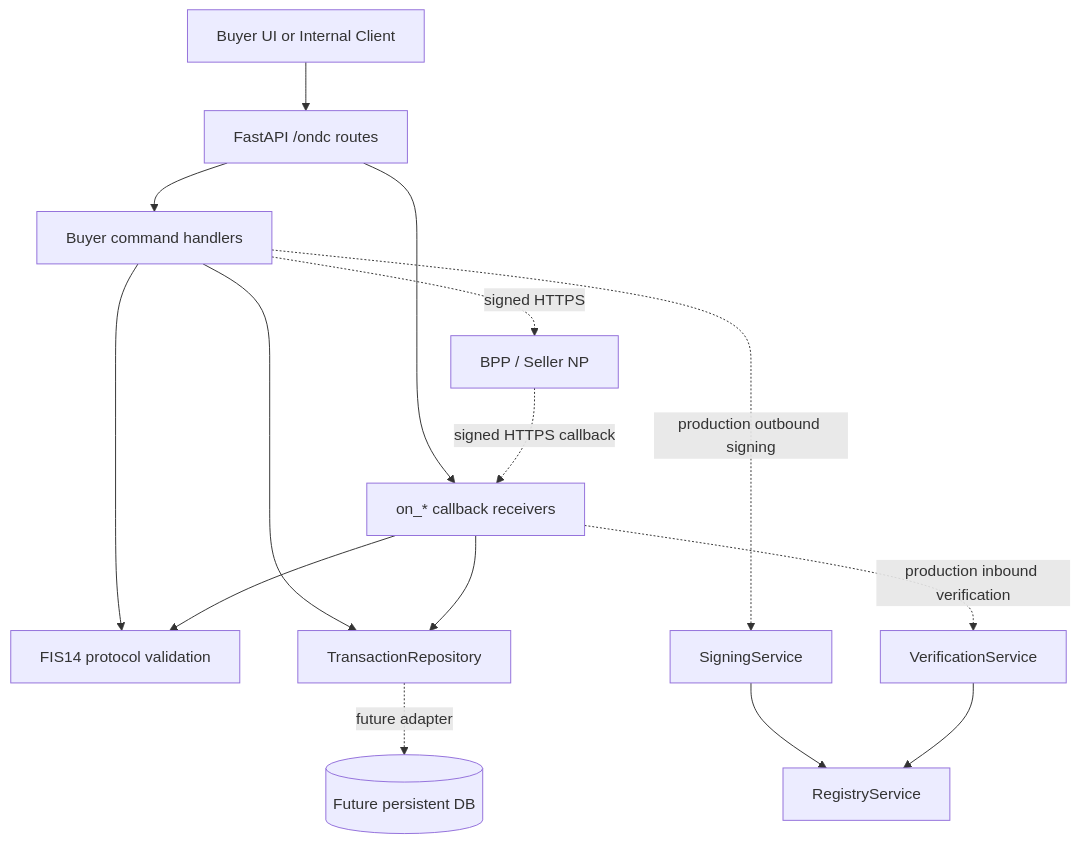
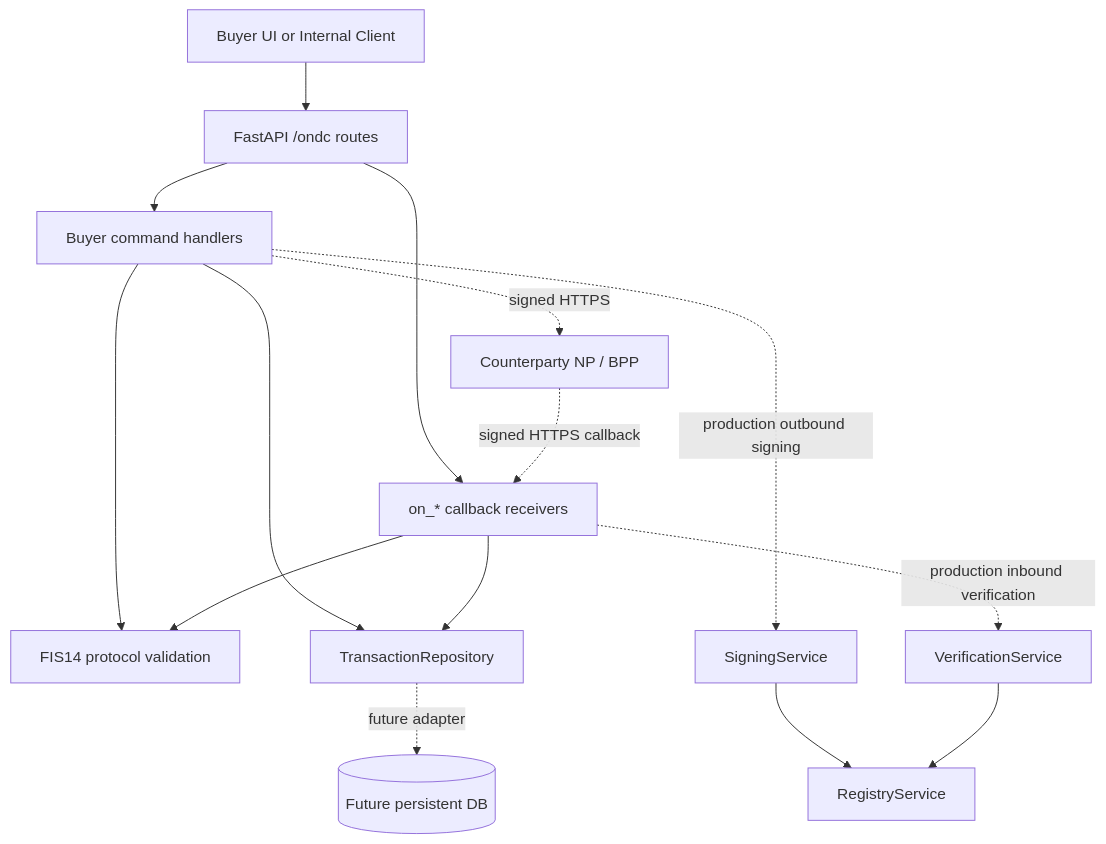
Before and after one commit to Ayushiwalkingtree/ONDC-POC: the diagram in ONDC_BUYER_NP_ARCHITECTURE.md, drawn with Mermaid. The commit also changed other lines of this file and 72 other files, not shown here.

````diff
--- a/ONDC_BUYER_NP_ARCHITECTURE.md
+++ b/ONDC_BUYER_NP_ARCHITECTURE.md
@@ -37,29 +37,29 @@
 ```mermaid
 flowchart TD
     Client[Buyer UI or Internal Client]
     Routes[FastAPI /ondc routes]
     Commands[Buyer command handlers]
     Callbacks[on_* callback receivers]
     Validation[FIS14 protocol validation]
     Repo[TransactionRepository]
     Signing[SigningService]
     Verify[VerificationService]
     Registry[RegistryService]
-    BPP[BPP / Seller NP]
+    BPP[Counterparty NP / BPP]
     DB[(Future persistent DB)]
 
     Client --> Routes
     Routes --> Commands
     Routes --> Callbacks
     Commands --> Validation
     Callbacks --> Validation
     Commands --> Repo
     Callbacks --> Repo
     Commands -. production outbound signing .-> Signing
     Callbacks -. production inbound verification .-> Verify
     Signing --> Registry
     Verify --> Registry
     Repo -. future adapter .-> DB
     Commands -. signed HTTPS .-> BPP
     BPP -. signed HTTPS callback .-> Callbacks
 ```
````
